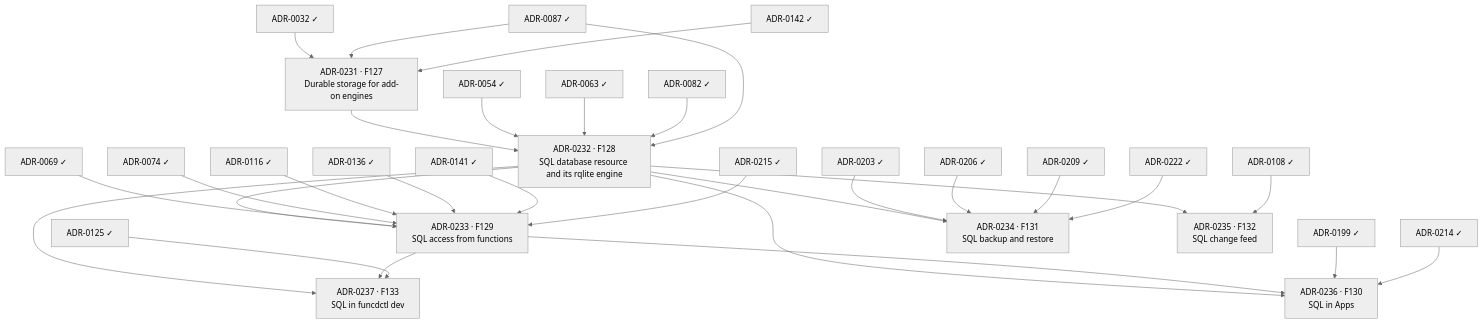
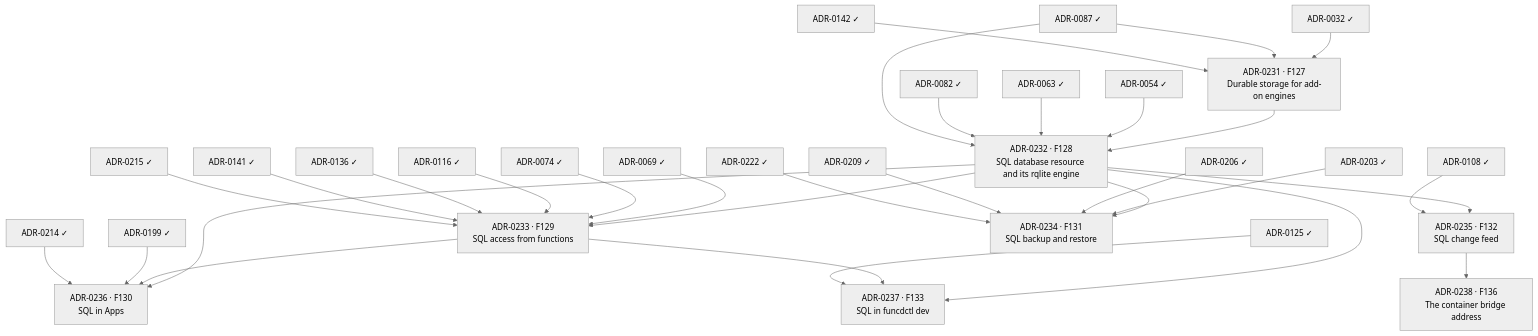
Before and after one commit to pyvvo/funcd: the diagram in docs/roadmap/sql-delivery-plan.md, drawn with Mermaid (neutral theme). The commit also changed other lines of this file and 1 other file, not shown here.

Commit message:
docs(roadmap): add ADR-0238, the bridge address, to the SQL plan

````diff
--- a/docs/roadmap/sql-delivery-plan.md
+++ b/docs/roadmap/sql-delivery-plan.md
@@ -60,60 +62,62 @@
 ```mermaid
 flowchart TB
     ADR_0032["ADR-0032 ✓"]
     ADR_0054["ADR-0054 ✓"]
     ADR_0063["ADR-0063 ✓"]
     ADR_0069["ADR-0069 ✓"]
     ADR_0074["ADR-0074 ✓"]
     ADR_0082["ADR-0082 ✓"]
     ADR_0087["ADR-0087 ✓"]
     ADR_0108["ADR-0108 ✓"]
     ADR_0116["ADR-0116 ✓"]
     ADR_0125["ADR-0125 ✓"]
     ADR_0136["ADR-0136 ✓"]
     ADR_0141["ADR-0141 ✓"]
     ADR_0142["ADR-0142 ✓"]
     ADR_0199["ADR-0199 ✓"]
     ADR_0203["ADR-0203 ✓"]
     ADR_0206["ADR-0206 ✓"]
     ADR_0209["ADR-0209 ✓"]
     ADR_0214["ADR-0214 ✓"]
     ADR_0215["ADR-0215 ✓"]
     ADR_0222["ADR-0222 ✓"]
     ADR_0231["ADR-0231 · F127<br/>Durable storage for add-on engines"]
     ADR_0232["ADR-0232 · F128<br/>SQL database resource and its rqlite engine"]
     ADR_0233["ADR-0233 · F129<br/>SQL access from functions"]
     ADR_0236["ADR-0236 · F130<br/>SQL in Apps"]
     ADR_0234["ADR-0234 · F131<br/>SQL backup and restore"]
     ADR_0235["ADR-0235 · F132<br/>SQL change feed"]
     ADR_0237["ADR-0237 · F133<br/>SQL in funcdctl dev"]
+    ADR_0238["ADR-0238 · F136<br/>The container bridge address"]
 
     ADR_0032 --> ADR_0231
     ADR_0087 --> ADR_0231
     ADR_0142 --> ADR_0231
     ADR_0231 --> ADR_0232
     ADR_0054 --> ADR_0232
     ADR_0063 --> ADR_0232
     ADR_0082 --> ADR_0232
     ADR_0087 --> ADR_0232
     ADR_0232 --> ADR_0233
     ADR_0069 --> ADR_0233
     ADR_0074 --> ADR_0233
     ADR_0116 --> ADR_0233
     ADR_0136 --> ADR_0233
     ADR_0141 --> ADR_0233
     ADR_0215 --> ADR_0233
     ADR_0232 --> ADR_0236
     ADR_0233 --> ADR_0236
     ADR_0199 --> ADR_0236
     ADR_0214 --> ADR_0236
     ADR_0232 --> ADR_0234
     ADR_0203 --> ADR_0234
     ADR_0206 --> ADR_0234
     ADR_0209 --> ADR_0234
     ADR_0222 --> ADR_0234
     ADR_0232 --> ADR_0235
     ADR_0108 --> ADR_0235
     ADR_0232 --> ADR_0237
     ADR_0233 --> ADR_0237
     ADR_0125 --> ADR_0237
+    ADR_0235 --> ADR_0238
 ```
````
